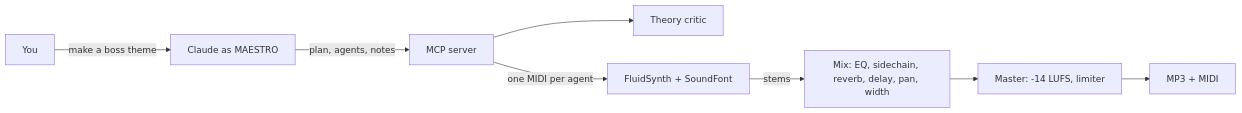
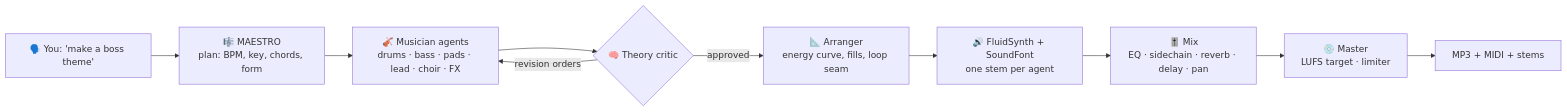
The diagram in README.md (feronline/fl-studio-maestro), drawn with Mermaid before and after one commit. The commit also changed other lines of this file and 4 other files, not shown here.

````diff
--- a/README.md
+++ b/README.md
@@ -73,10 +100,12 @@
 ```mermaid
 flowchart LR
-    U[You] -->|"make a boss theme"| C[Claude as MAESTRO]
-    C -->|plan, agents, notes| S[MCP server]
-    S --> Q[Theory critic]
-    S -->|one MIDI per agent| F[FluidSynth + SoundFont]
-    F -->|stems| X["Mix: EQ, sidechain, reverb, delay, pan, width"]
-    X --> M["Master: -14 LUFS, limiter"]
-    M --> O[MP3 + MIDI]
+    U["🗣️ You: 'make a boss theme'"] --> M["🎼 MAESTRO<br/>plan: BPM, key, chords, form"]
+    M --> A["🎻 Musician agents<br/>drums · bass · pads · lead · choir · FX"]
+    A --> C{"🧠 Theory critic"}
+    C -- revision orders --> A
+    C -- approved --> R["📐 Arranger<br/>energy curve, fills, loop seam"]
+    R --> S["🔊 FluidSynth + SoundFont<br/>one stem per agent"]
+    S --> X["🎚️ Mix<br/>EQ · sidechain · reverb · delay · pan"]
+    X --> Q["💿 Master<br/>LUFS target · limiter"]
+    Q --> O["MP3 + MIDI + stems"]
 ```
````
